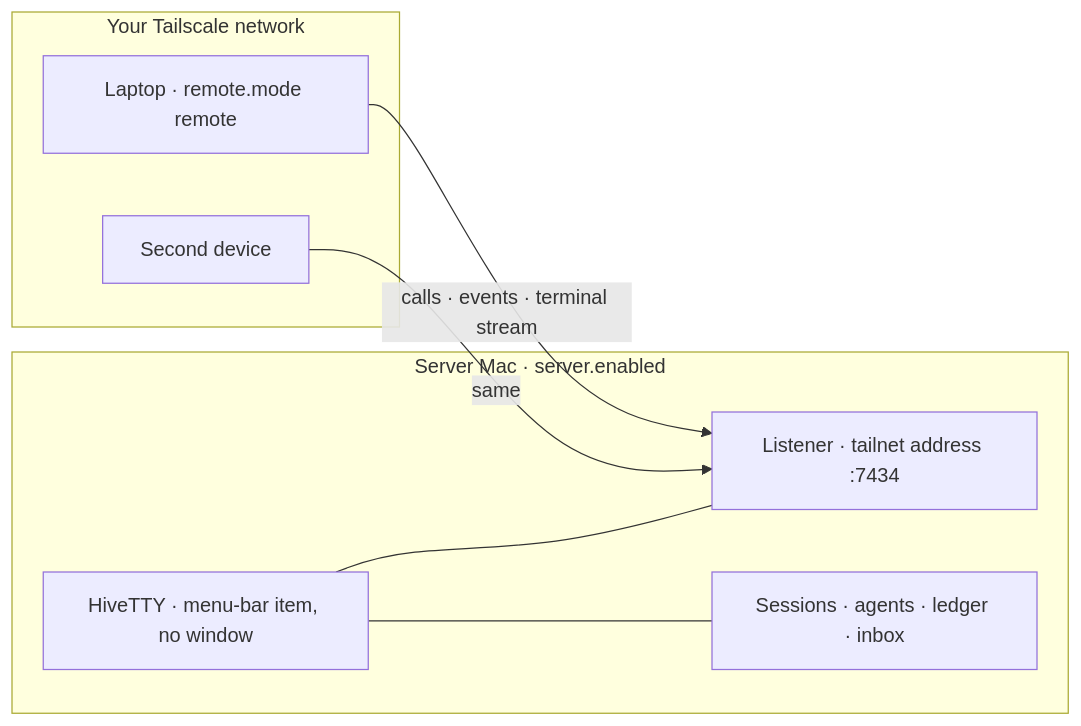
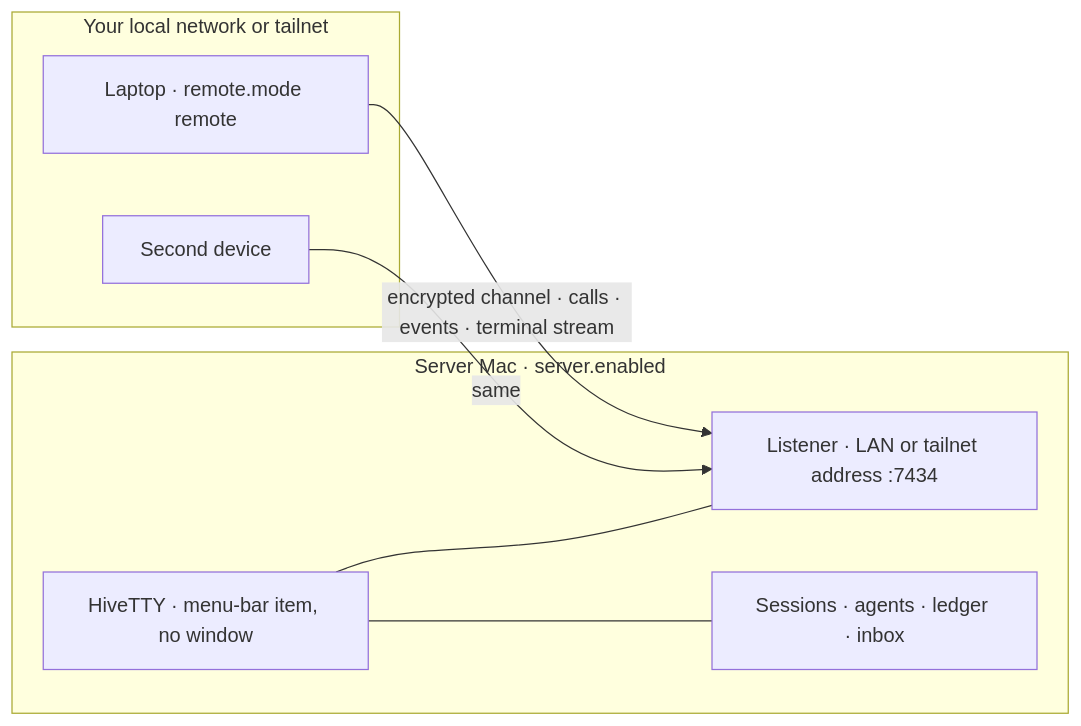
Before and after one commit to behiques/hivetty: the diagram in docs/assets/diagrams/remote-topology.mmd, drawn with Mermaid. The commit also changed 42 other files, not shown here.

First line of the commit message:
HIVE-428: every attach runs inside an encrypted channel; direct attach allows LAN and Tailscale (#316)

```diff
--- a/docs/assets/diagrams/remote-topology.mmd
+++ b/docs/assets/diagrams/remote-topology.mmd
@@ -1,14 +1,14 @@
 flowchart LR
   subgraph srv [Server Mac · server.enabled]
     app[HiveTTY · menu-bar item, no window]
-    lis[Listener · tailnet address :7434]
+    lis[Listener · LAN or tailnet address :7434]
     work[Sessions · agents · ledger · inbox]
   end
-  subgraph net [Your Tailscale network]
+  subgraph net [Your local network or tailnet]
     a[Laptop · remote.mode remote]
     b[Second device]
   end
   app --- lis
   app --- work
-  a -->|calls · events · terminal stream| lis
+  a -->|encrypted channel · calls · events · terminal stream| lis
   b -->|same| lis
```
